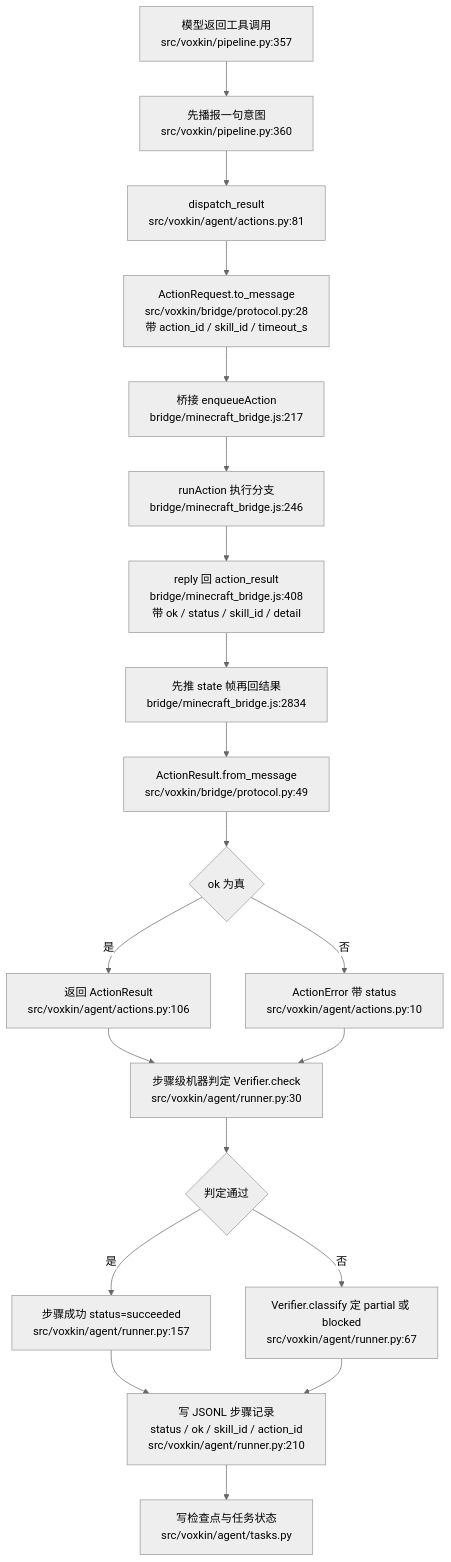
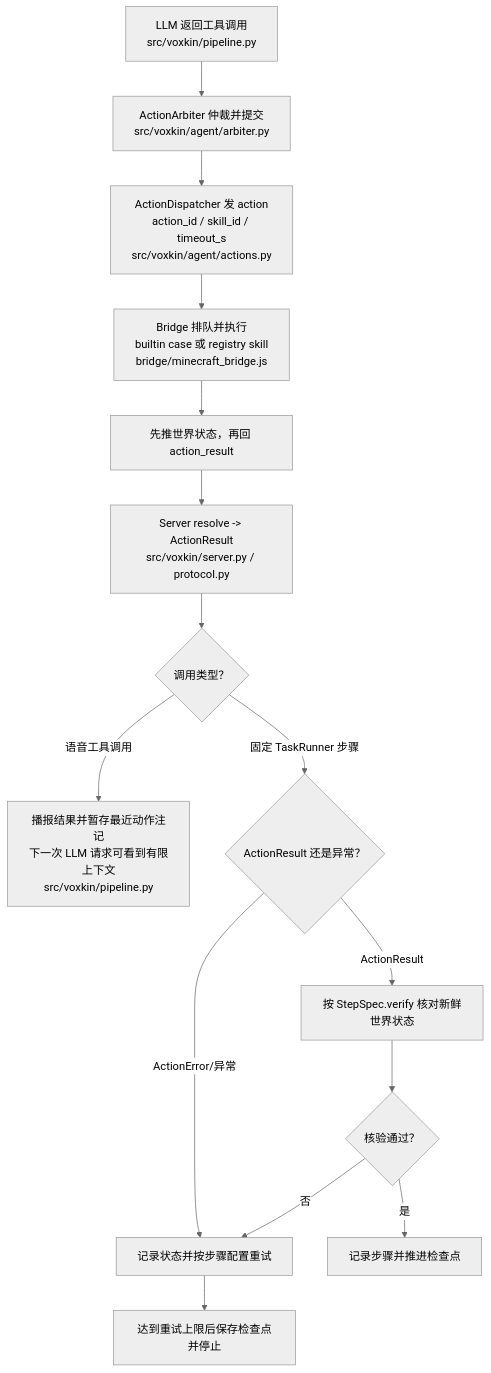
One commit to DeckDes233/Voxkin changed the diagram in docs/SKILLS.md. Above: the diagram before and after it, drawn with Mermaid (neutral theme). The commit also changed other lines of this file and 52 other files, not shown here.

````diff
--- a/docs/SKILLS.md
+++ b/docs/SKILLS.md
@@ -493,22 +495,17 @@
 ```mermaid
 flowchart TD
-    A["模型返回工具调用<br/>src/voxkin/pipeline.py:357"] --> B["先播报一句意图<br/>src/voxkin/pipeline.py:360"]
-    B --> C["dispatch_result<br/>src/voxkin/agent/actions.py:81"]
-    C --> D["ActionRequest.to_message<br/>src/voxkin/bridge/protocol.py:28<br/>带 action_id / skill_id / timeout_s"]
-    D --> E["桥接 enqueueAction<br/>bridge/minecraft_bridge.js:217"]
-    E --> F["runAction 执行分支<br/>bridge/minecraft_bridge.js:246"]
-    F --> G["reply 回 action_result<br/>bridge/minecraft_bridge.js:408<br/>带 ok / status / skill_id / detail"]
-    G --> H["先推 state 帧再回结果<br/>bridge/minecraft_bridge.js:2834"]
-    H --> I["ActionResult.from_message<br/>src/voxkin/bridge/protocol.py:49"]
-    I --> J{"ok 为真"}
-    J -->|"是"| K["返回 ActionResult<br/>src/voxkin/agent/actions.py:106"]
-    J -->|"否"| L["ActionError 带 status<br/>src/voxkin/agent/actions.py:10"]
-    K --> M["步骤级机器判定 Verifier.check<br/>src/voxkin/agent/runner.py:30"]
-    L --> M
-    M --> N{"判定通过"}
-    N -->|"是"| O["步骤成功 status=succeeded<br/>src/voxkin/agent/runner.py:157"]
-    N -->|"否"| P["Verifier.classify 定 partial 或 blocked<br/>src/voxkin/agent/runner.py:67"]
-    O --> Q["写 JSONL 步骤记录<br/>status / ok / skill_id / action_id<br/>src/voxkin/agent/runner.py:210"]
-    P --> Q
-    Q --> R["写检查点与任务状态<br/>src/voxkin/agent/tasks.py"]
+    A["LLM 返回工具调用<br/>src/voxkin/pipeline.py"] --> B["ActionArbiter 仲裁并提交<br/>src/voxkin/agent/arbiter.py"]
+    B --> C["ActionDispatcher 发 action<br/>action_id / skill_id / timeout_s<br/>src/voxkin/agent/actions.py"]
+    C --> D["Bridge 排队并执行<br/>builtin case 或 registry skill<br/>bridge/minecraft_bridge.js"]
+    D --> E["先推世界状态，再回 action_result"]
+    E --> F["Server resolve -> ActionResult<br/>src/voxkin/server.py / protocol.py"]
+    F --> G{"调用类型？"}
+    G -->|"语音工具调用"| H["播报结果并暂存最近动作注记<br/>下一次 LLM 请求可看到有限上下文<br/>src/voxkin/pipeline.py"]
+    G -->|"固定 TaskRunner 步骤"| I{"ActionResult 还是异常？"}
+    I -->|"ActionResult"| J["按 StepSpec.verify 核对新鲜世界状态"]
+    I -->|"ActionError/异常"| K["记录状态并按步骤配置重试"]
+    J --> L{"核验通过？"}
+    L -->|"是"| M["记录步骤并推进检查点"]
+    L -->|"否"| K
+    K --> N["达到重试上限后保存检查点并停止"]
 ```
````
